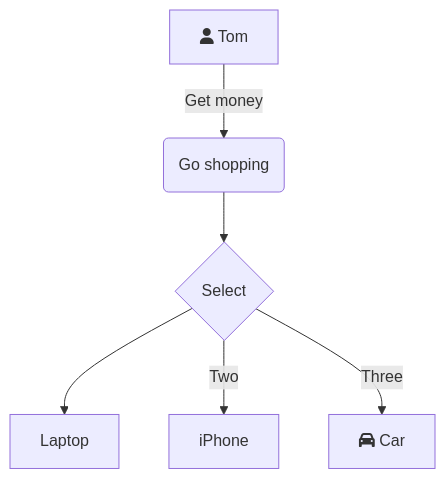
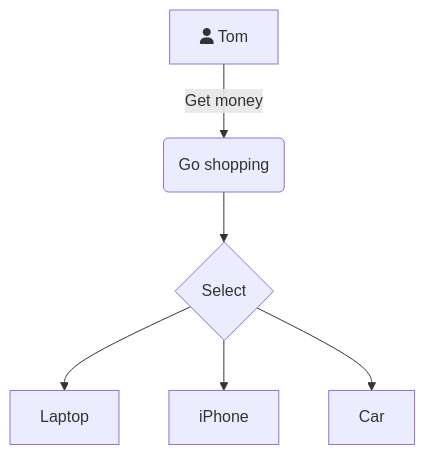
Before and after one commit to 123shuhai/iodraw-files: the diagram in all/未命名-1.md, drawn with Mermaid.

Commit message:
2025-05-06 16:15:46 update

````diff
--- a/all/未命名-1.md
+++ b/all/未命名-1.md
@@ -1,9 +1,9 @@
 ```mermaid
 graph TD
     A[fa:fa-user Tom] -->|Get money| B(Go shopping)
     B --> C{Select}
     C --> D[Laptop]
-    C -->|Two| E[iPhone]
-    C -->|Three| F[fa:fa-car Car]
+    C --> E[iPhone]
+    C --> F[Car]
 
 ```
````
